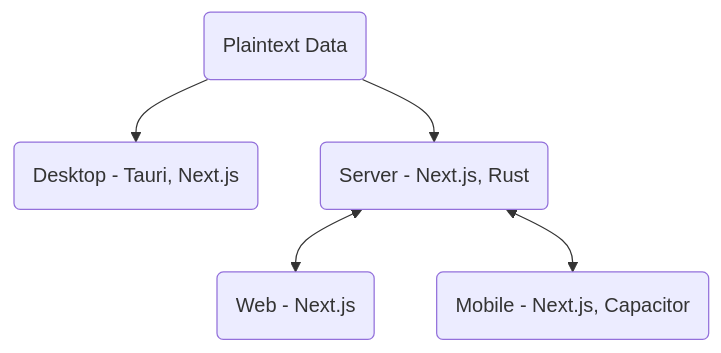
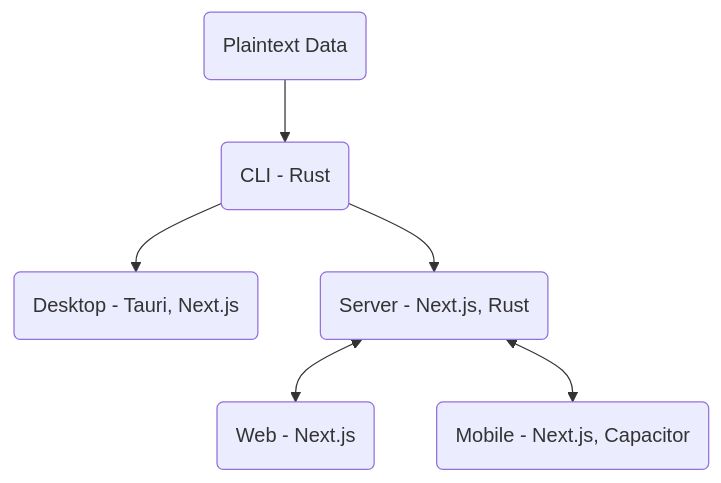
One commit to pagekey/website changed the second of 2 diagrams in src/content/post/blog/2024/plaintext-architecture.mdx. Above: the diagram before and after it, drawn with Mermaid. The commit also changed other lines of this file and 2 other files, not shown here.

````diff
--- a/src/content/post/blog/2024/plaintext-architecture.mdx
+++ b/src/content/post/blog/2024/plaintext-architecture.mdx
@@ -53,12 +55,14 @@
 ```mermaid
 flowchart TD
   PlaintextData(Plaintext Data)
+  CLI(CLI - Rust)
   LocalDesktop(Desktop - Tauri, Next.js)
   Server(Server - Next.js, Rust)
   Web(Web - Next.js)
   Mobile(Mobile - Next.js, Capacitor)
-  PlaintextData --> LocalDesktop
-  PlaintextData --> Server
+  PlaintextData --> CLI
+  CLI --> LocalDesktop
+  CLI --> Server
   Server <--> Web
   Server <--> Mobile
 ```
````
